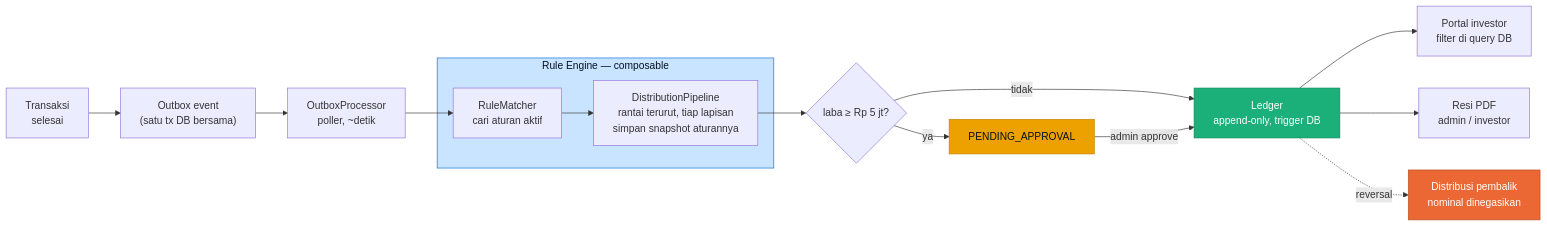
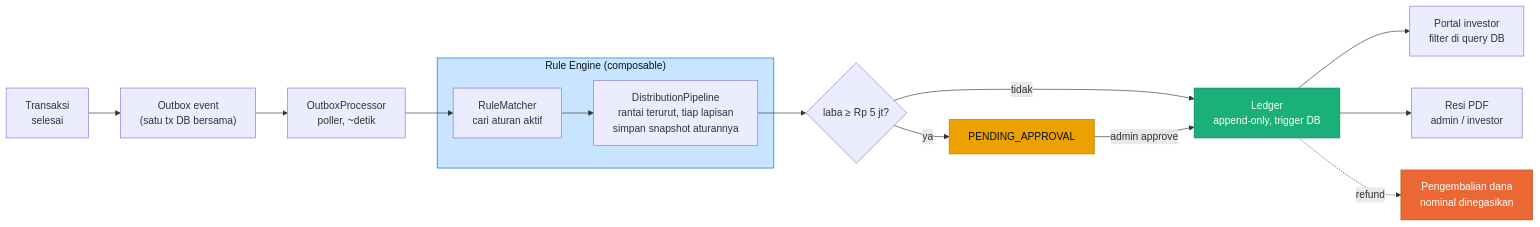
Before and after one commit to ahnafyura/Cubiconia-Technical-Test: the diagram in README.md, drawn with Mermaid. The commit also changed other lines of this file and 15 other files, not shown here.

````diff
--- a/README.md
+++ b/README.md
@@ -51,26 +51,26 @@
 ```mermaid
 flowchart LR
     TX["Transaksi\nselesai"] --> OUT["Outbox event\n(satu tx DB bersama)"]
     OUT --> POLL["OutboxProcessor\npoller, ~detik"]
 
-    subgraph ENGINE["Rule Engine — composable"]
+    subgraph ENGINE["Rule Engine (composable)"]
         MATCH["RuleMatcher\ncari aturan aktif"]
         PIPE["DistributionPipeline\nrantai terurut, tiap lapisan\nsimpan snapshot aturannya"]
         MATCH --> PIPE
     end
 
     POLL --> MATCH
     PIPE --> GATE{"laba ≥ Rp 5 jt?"}
     GATE -->|ya| APPROVAL["PENDING_APPROVAL"]
     GATE -->|tidak| LEDGER
     APPROVAL -->|admin approve| LEDGER["Ledger\nappend-only, trigger DB"]
 
     LEDGER --> PORTAL["Portal investor\nfilter di query DB"]
     LEDGER --> PDF["Resi PDF\nadmin / investor"]
-    LEDGER -.->|reversal| REV["Distribusi pembalik\nnominal dinegasikan"]
+    LEDGER -.->|refund| REV["Pengembalian dana\nnominal dinegasikan"]
 
     style ENGINE fill:#c9e4ff,stroke:#006cd8,color:#061221
     style LEDGER fill:#1baf7a,stroke:#128a5e,color:#ffffff
     style APPROVAL fill:#eda100,stroke:#c17f00,color:#061221
     style REV fill:#eb6834,stroke:#b6501f,color:#ffffff
 ```
````
